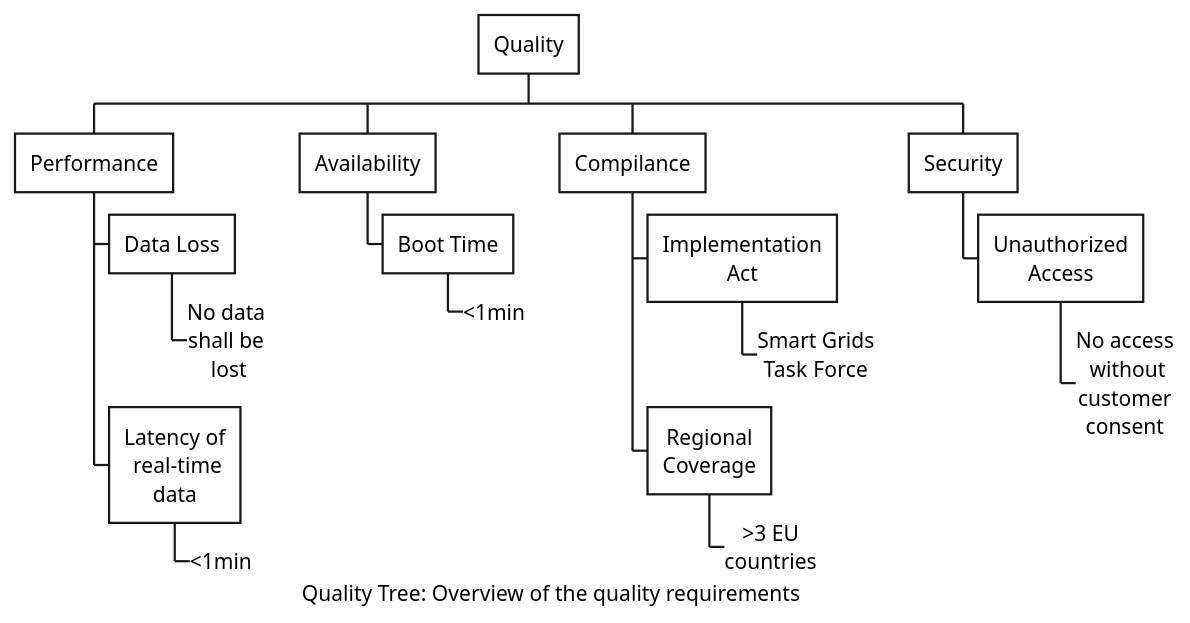
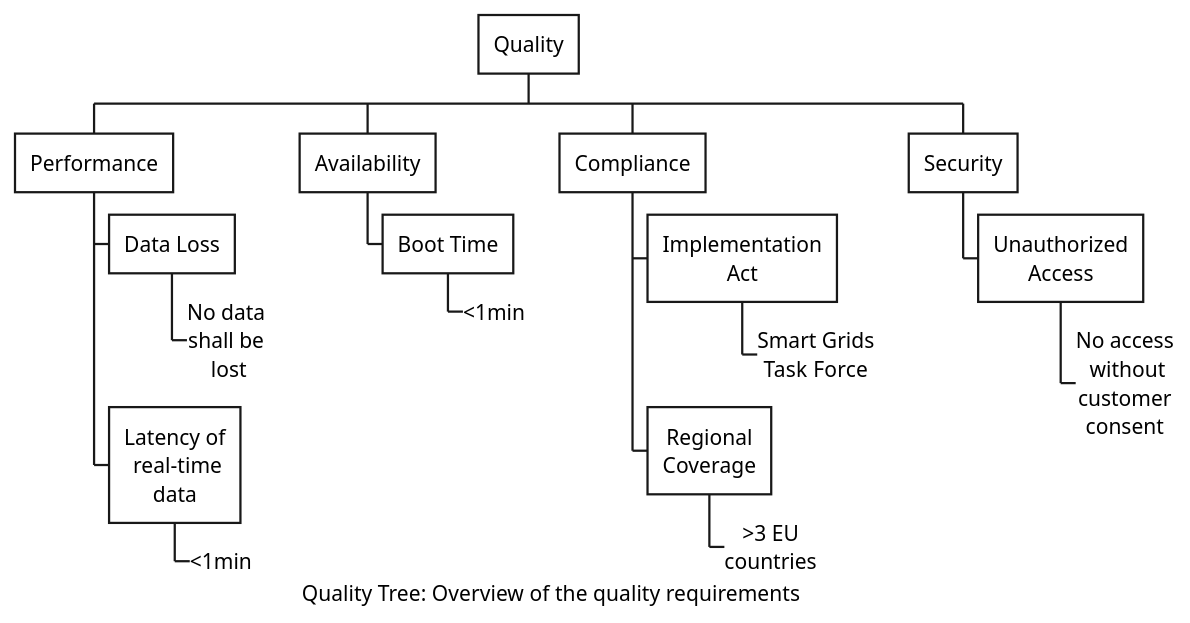
The diagram in arc42/10-quality-requirements/figures/quality-tree.puml (eddie-energy/architecture), drawn with PlantUML before and after one commit. The commit also changed 12 other files, not shown here.

```diff
--- a/arc42/10-quality-requirements/figures/quality-tree.puml
+++ b/arc42/10-quality-requirements/figures/quality-tree.puml
@@ -1,43 +1,43 @@
 @startwbs quality-tree
 'work breakdown structure
 caption Quality Tree: Overview of the quality requirements
 
 <style>
 wbsdiagram {
   node {
     BackgroundColor transparemt
     HorizontalAlignment center
     fontsize 14
   }
 '   :depth(3) {
 '     Linecolor white
 '   }
 }
 </style>
 
 * Quality
 
 ++ Performance
 +++ Data Loss
 ++++_ No data\nshall be\n lost
 +++ Latency of\n real-time\ndata
 ++++_ <1min
 
 ++ Availability
 +++ Boot Time
 ++++_ <1min
 ' +++ Down Time
 ' ++++_ <60min/day
 
-++ Compilance
+++ Compliance
 +++ Implementation\nAct
 ++++_  Smart Grids\nTask Force
 +++ Regional\nCoverage
 ++++_ >3 EU\ncountries
 
 ++ Security
 +++ Unauthorized\nAccess
 ++++_ No access\n without\ncustomer\nconsent
 
 
 @endwbs
```
